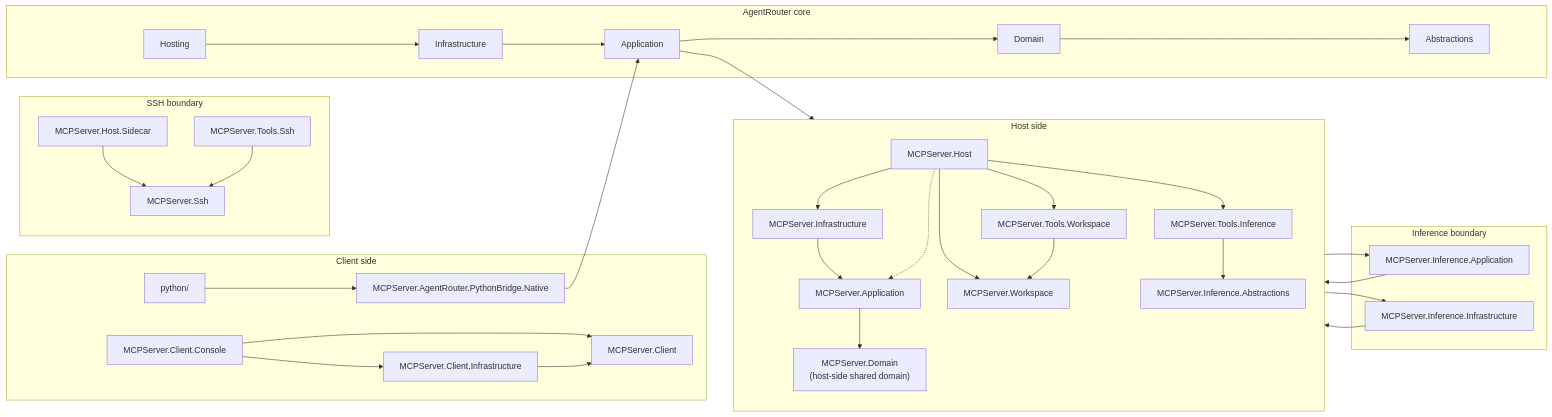
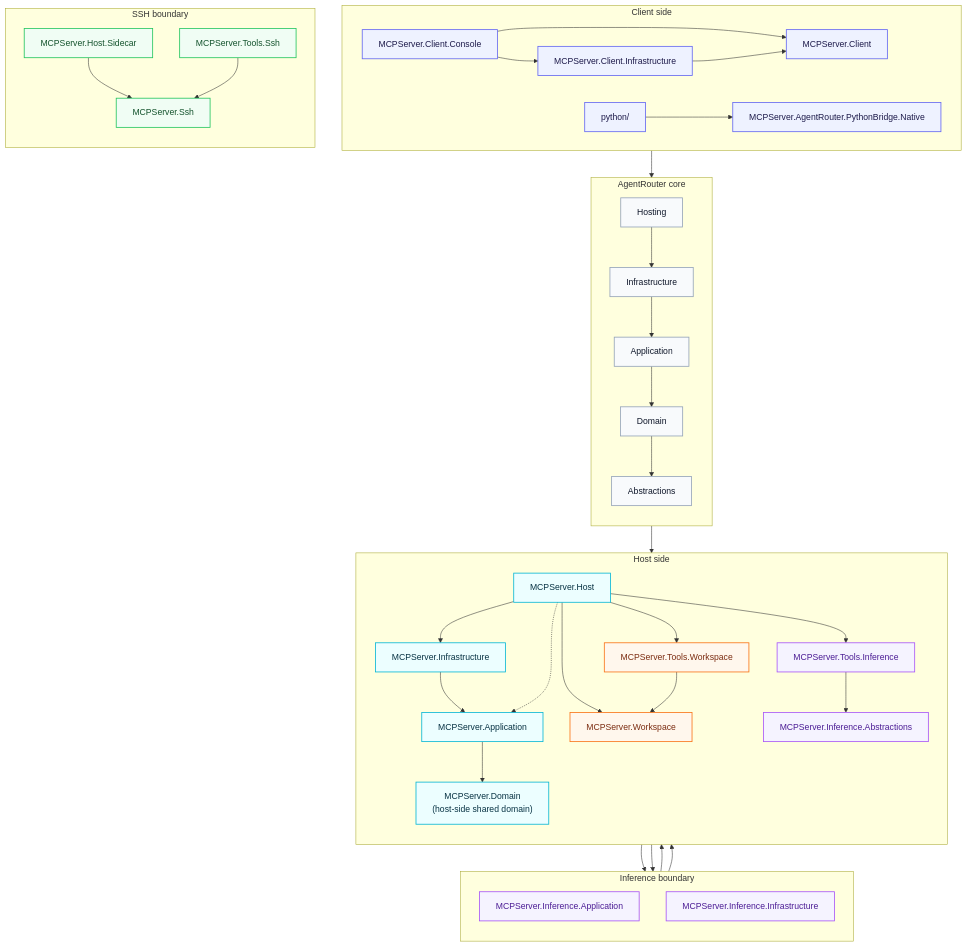
Before and after one commit to haxxornulled/SharpMCPServer: the diagram in README.md, drawn with Mermaid. The commit also changed other lines of this file and 97 other files, not shown here.

````diff
--- a/README.md
+++ b/README.md
@@ -56,69 +57,77 @@
 ```mermaid
-flowchart LR
+flowchart TB
+    classDef client fill:#eef2ff,stroke:#6366f1,color:#1e1b4b,stroke-width:1.5px;
+    classDef host fill:#ecfeff,stroke:#06b6d4,color:#083344,stroke-width:1.5px;
+    classDef workspace fill:#fff7ed,stroke:#f97316,color:#7c2d12,stroke-width:1.5px;
+    classDef inference fill:#f5f3ff,stroke:#a855f7,color:#4c1d95,stroke-width:1.5px;
+    classDef ssh fill:#f0fdf4,stroke:#22c55e,color:#14532d,stroke-width:1.5px;
+    classDef router fill:#f8fafc,stroke:#94a3b8,color:#0f172a,stroke-width:1.5px;
     subgraph ClientSide["Client side"]
-        Console["MCPServer.Client.Console"]
-        ClientLib["MCPServer.Client"]
-        ClientInfra["MCPServer.Client.Infrastructure"]
-        Python["python/"]
-        Native["MCPServer.AgentRouter.PythonBridge.Native"]
+        direction LR
+        Console["MCPServer.Client.Console"]:::client
+        ClientLib["MCPServer.Client"]:::client
+        ClientInfra["MCPServer.Client.Infrastructure"]:::client
+        Python["python/"]:::client
+        Native["MCPServer.AgentRouter.PythonBridge.Native"]:::client
+
+        Console --> ClientLib
+        Console --> ClientInfra
+        ClientInfra --> ClientLib
+        Python --> Native
     end
 
     subgraph HostSide["Host side"]
         direction TB
-        MainHost["MCPServer.Host"]
-        Infra["MCPServer.Infrastructure"]
-        App["MCPServer.Application"]
-        Domain["MCPServer.Domain\n(host-side shared domain)"]
-        Workspace["MCPServer.Workspace"]
-        WorkspaceTools["MCPServer.Tools.Workspace"]
-        InfTools["MCPServer.Tools.Inference"]
+        MainHost["MCPServer.Host"]:::host
+        Infra["MCPServer.Infrastructure"]:::host
+        App["MCPServer.Application"]:::host
+        Domain["MCPServer.Domain\n(host-side shared domain)"]:::host
+        Workspace["MCPServer.Workspace"]:::workspace
+        WorkspaceTools["MCPServer.Tools.Workspace"]:::workspace
+        InfTools["MCPServer.Tools.Inference"]:::inference
 
-        MainHost --> Infra
-        Infra --> App
-        App --> Domain
+        MainHost --> Infra --> App --> Domain
         MainHost -.-> App
         MainHost --> Workspace
         MainHost --> WorkspaceTools
         MainHost --> InfTools
         WorkspaceTools --> Workspace
         InfTools --> InfAbs
     end
 
     subgraph SshBoundary["SSH boundary"]
-        Sidecar["MCPServer.Host.Sidecar"]
-        Ssh["MCPServer.Ssh"]
-        SshTools["MCPServer.Tools.Ssh"]
+        direction TB
+        Sidecar["MCPServer.Host.Sidecar"]:::ssh
+        Ssh["MCPServer.Ssh"]:::ssh
+        SshTools["MCPServer.Tools.Ssh"]:::ssh
 
         Sidecar --> Ssh
         SshTools --> Ssh
     end
 
     subgraph InferenceBoundary["Inference boundary"]
-        InfApp["MCPServer.Inference.Application"]
-        InfInfra["MCPServer.Inference.Infrastructure"]
-        InfAbs["MCPServer.Inference.Abstractions"]
+        direction TB
+        InfApp["MCPServer.Inference.Application"]:::inference
+        InfInfra["MCPServer.Inference.Infrastructure"]:::inference
+        InfAbs["MCPServer.Inference.Abstractions"]:::inference
 
         InfApp --> InfAbs
         InfInfra --> InfAbs
     end
 
     subgraph RouterCore["AgentRouter core"]
-        ARAbs["Abstractions"]
-        ARDom["Domain"]
-        ARApp["Application"]
-        ARInfra["Infrastructure"]
-        ARHost["Hosting"]
+        direction TB
+        ARHost["Hosting"]:::router
+        ARInfra["Infrastructure"]:::router
+        ARApp["Application"]:::router
+        ARDom["Domain"]:::router
+        ARAbs["Abstractions"]:::router
+
+        ARHost --> ARInfra --> ARApp --> ARDom --> ARAbs
     end
 
-    Console --> ClientLib
-    Console --> ClientInfra
-    ClientInfra --> ClientLib
-
-    Python --> Native
     Native --> ARApp
     ARApp --> InfAbs
     MainHost --> InfApp
     MainHost --> InfInfra
-
-    ARHost --> ARInfra --> ARApp --> ARDom --> ARAbs
 ```
````
